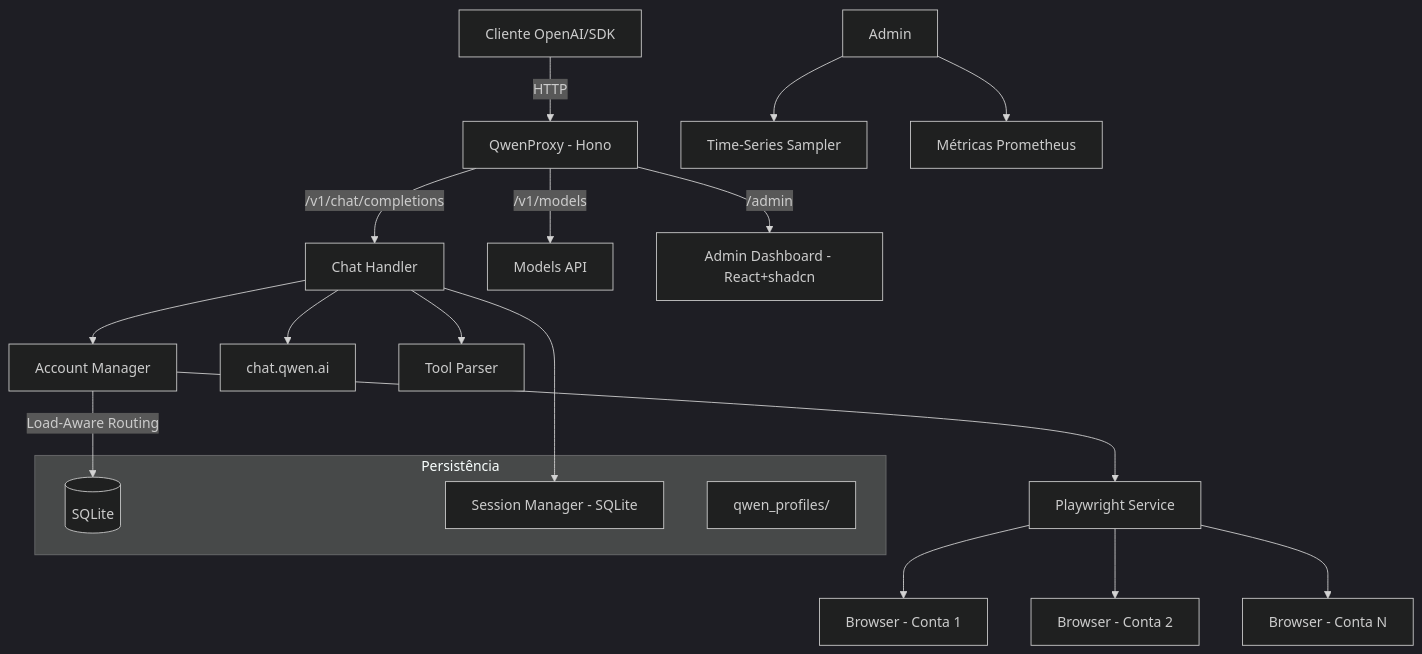
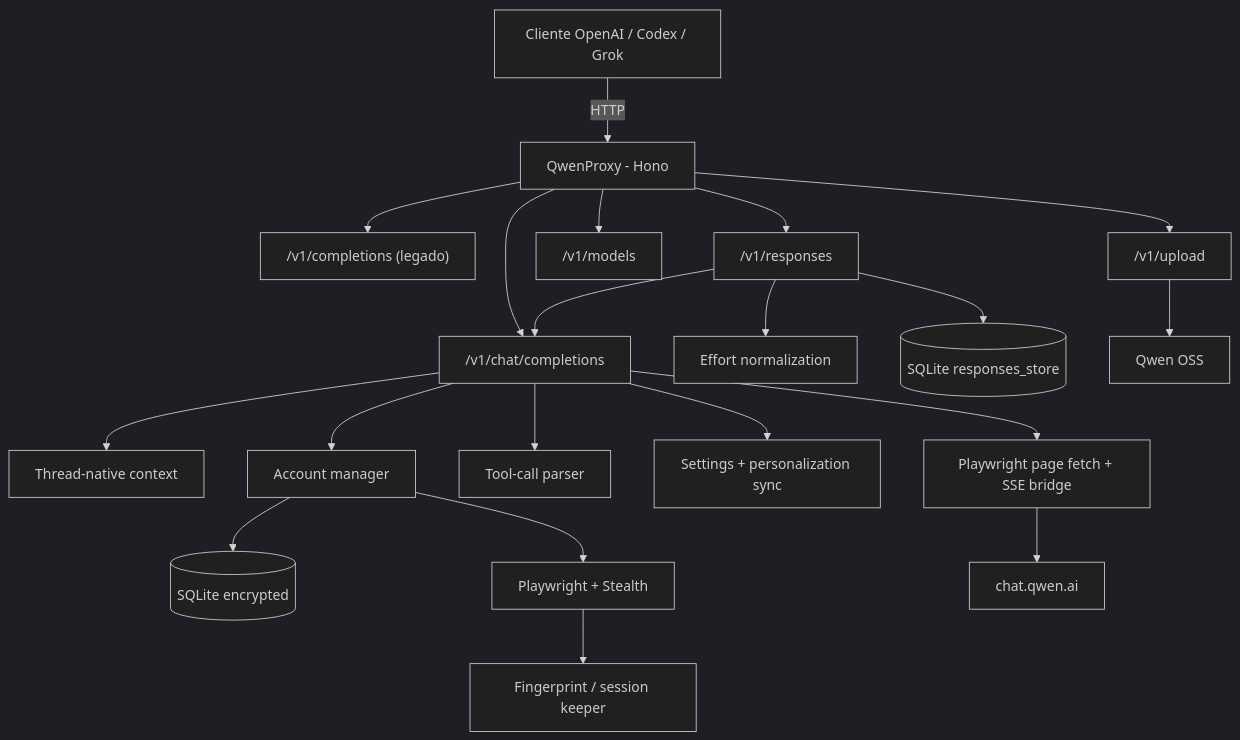
The diagram in README.md (dougllassillva27/qwenbridge-dodo), drawn with Mermaid (dark theme) before and after one commit. The commit also changed other lines of this file and 3852 other files, not shown here.

Commit message:
upstream: sincronizacao johngbl/QwenBridge v1.20+ (15/08/2026)

````diff
--- a/README.md
+++ b/README.md
@@ -38,24 +38,22 @@
 ```mermaid
-graph TD
-    Client[Cliente OpenAI/SDK] -->|HTTP| Proxy[QwenProxy - Hono]
-    Proxy -->|/v1/chat/completions| Handler[Chat Handler]
-    Proxy -->|/v1/models| Models[Models API]
-    Proxy -->|/admin| Dashboard[Admin Dashboard - React+shadcn]
-    Handler --> AccountMgr[Account Manager]
-    AccountMgr -->|Load-Aware Routing| Accounts[(SQLite)]
-    AccountMgr --> Playwright[Playwright Service]
-    Playwright --> Browser1[Browser - Conta 1]
-    Playwright --> Browser2[Browser - Conta 2]
-    Playwright --> BrowserN[Browser - Conta N]
-    Handler --> QwenAPI[chat.qwen.ai]
-    Handler --> Tools[Tool Parser]
-    Handler --> Sessions[Session Manager - SQLite]
-    Admin --> TimeSeries[Time-Series Sampler]
-    Admin --> MetricsSvc[Métricas Prometheus]
-
-    subgraph "Persistência"
-        Accounts
-        Profiles[qwen_profiles/]
-        Sessions
-    end
+flowchart TD
+    Client["Cliente OpenAI / Codex / Grok"] -->|HTTP| Proxy["QwenProxy - Hono"]
+    Proxy --> Chat["/v1/chat/completions"]
+    Proxy --> Completions["/v1/completions (legado)"]
+    Proxy --> Responses["/v1/responses"]
+    Proxy --> Models["/v1/models"]
+    Proxy --> Upload["/v1/upload"]
+    Chat --> Context["Thread-native context"]
+    Responses --> Chat
+    Responses --> Effort["Effort normalization"]
+    Responses --> State[("SQLite responses_store")]
+    Chat --> Accounts["Account manager"]
+    Accounts --> DB[("SQLite encrypted")]
+    Accounts --> Playwright["Playwright + Stealth"]
+    Playwright --> Fingerprint["Fingerprint / session keeper"]
+    Chat --> Parser["Tool-call parser"]
+    Chat --> Personalization["Settings + personalization sync"]
+    Chat --> BrowserTransport["Playwright page fetch + SSE bridge"]
+    BrowserTransport --> Qwen["chat.qwen.ai"]
+    Upload --> OSS["Qwen OSS"]
 ```
````
